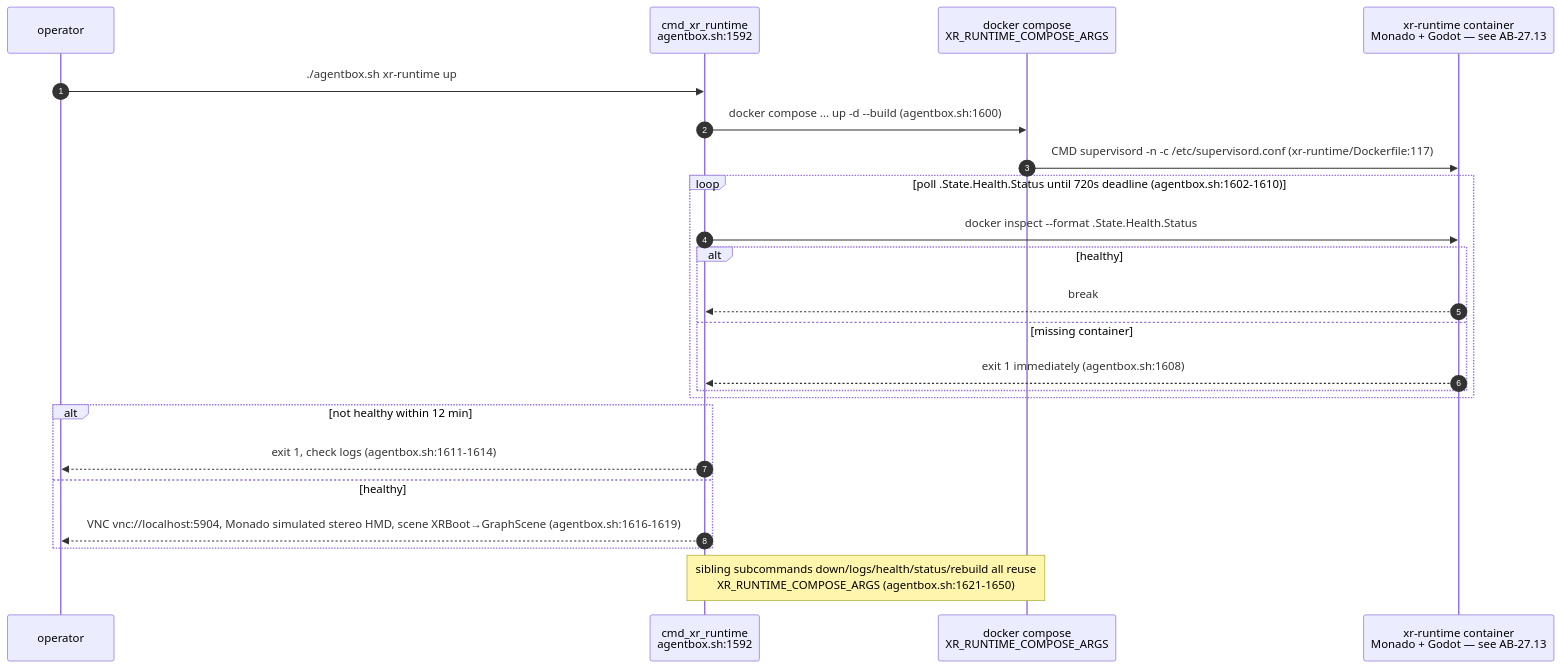
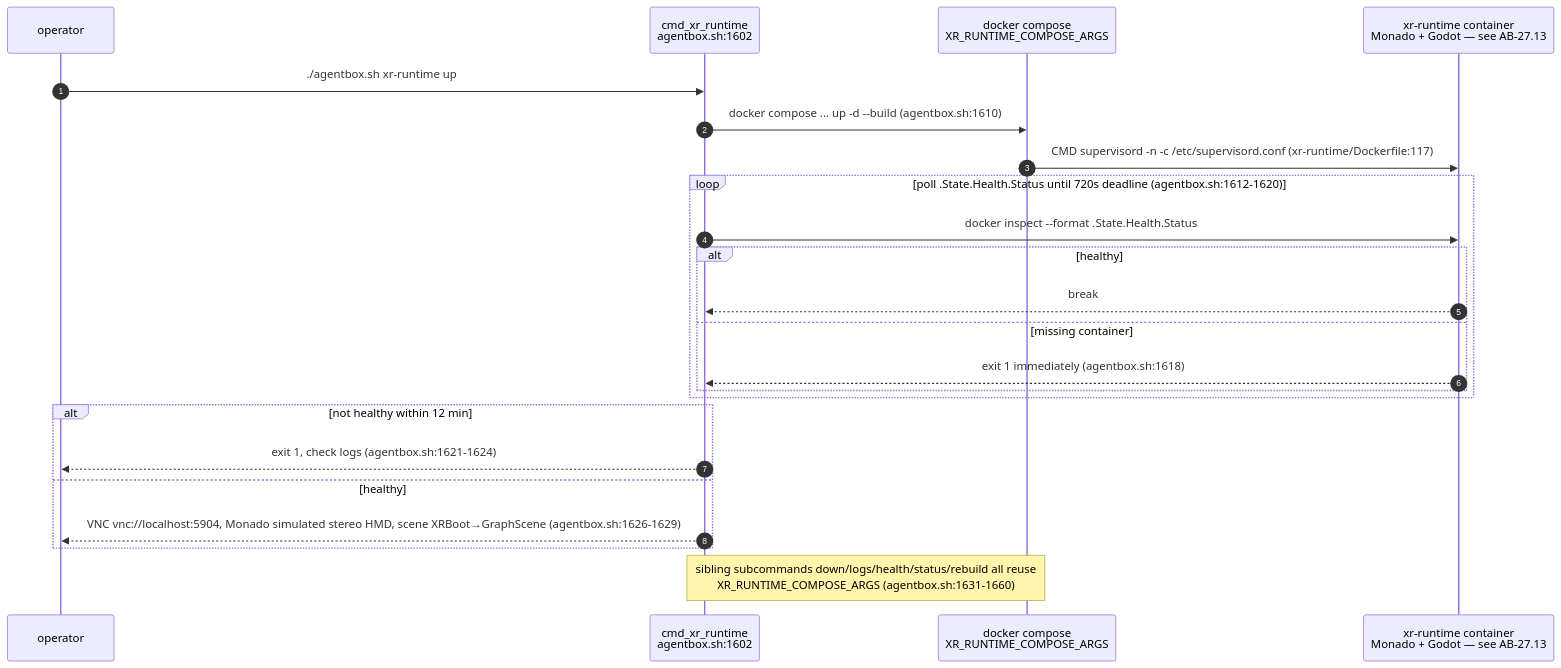
The ninth of 14 diagrams in docs/diagrams/agentbox/06-sidecars-and-compose-overlays.md (DreamLab-AI/VisionFlow), drawn with Mermaid before and after one commit. The commit also changed other lines of this file, not shown here.

````diff
--- a/docs/diagrams/agentbox/06-sidecars-and-compose-overlays.md
+++ b/docs/diagrams/agentbox/06-sidecars-and-compose-overlays.md
@@ -270,26 +284,26 @@
 ```mermaid
 sequenceDiagram
     autonumber
     participant OP as operator
-    participant SH as cmd_xr_runtime<br/>agentbox.sh:1592
+    participant SH as cmd_xr_runtime<br/>agentbox.sh:1602
     participant DC as docker compose<br/>XR_RUNTIME_COMPOSE_ARGS
     participant XR as xr-runtime container<br/>Monado + Godot — see AB-27.13
 
     OP->>SH: ./agentbox.sh xr-runtime up
-    SH->>DC: docker compose ... up -d --build (agentbox.sh:1600)
+    SH->>DC: docker compose ... up -d --build (agentbox.sh:1610)
     DC->>XR: CMD supervisord -n -c /etc/supervisord.conf (xr-runtime/Dockerfile:117)
-    loop poll .State.Health.Status until 720s deadline (agentbox.sh:1602-1610)
+    loop poll .State.Health.Status until 720s deadline (agentbox.sh:1612-1620)
         SH->>XR: docker inspect --format .State.Health.Status
         alt healthy
             XR-->>SH: break
         else missing container
-            XR-->>SH: exit 1 immediately (agentbox.sh:1608)
+            XR-->>SH: exit 1 immediately (agentbox.sh:1618)
         end
     end
     alt not healthy within 12 min
-        SH-->>OP: exit 1, check logs (agentbox.sh:1611-1614)
+        SH-->>OP: exit 1, check logs (agentbox.sh:1621-1624)
     else healthy
-        SH-->>OP: VNC vnc://localhost:5904, Monado simulated stereo HMD, scene XRBoot→GraphScene (agentbox.sh:1616-1619)
+        SH-->>OP: VNC vnc://localhost:5904, Monado simulated stereo HMD, scene XRBoot→GraphScene (agentbox.sh:1626-1629)
     end
-    Note over SH,DC: sibling subcommands down/logs/health/status/rebuild all reuse<br/>XR_RUNTIME_COMPOSE_ARGS (agentbox.sh:1621-1650)
+    Note over SH,DC: sibling subcommands down/logs/health/status/rebuild all reuse<br/>XR_RUNTIME_COMPOSE_ARGS (agentbox.sh:1631-1660)
 ```
````
